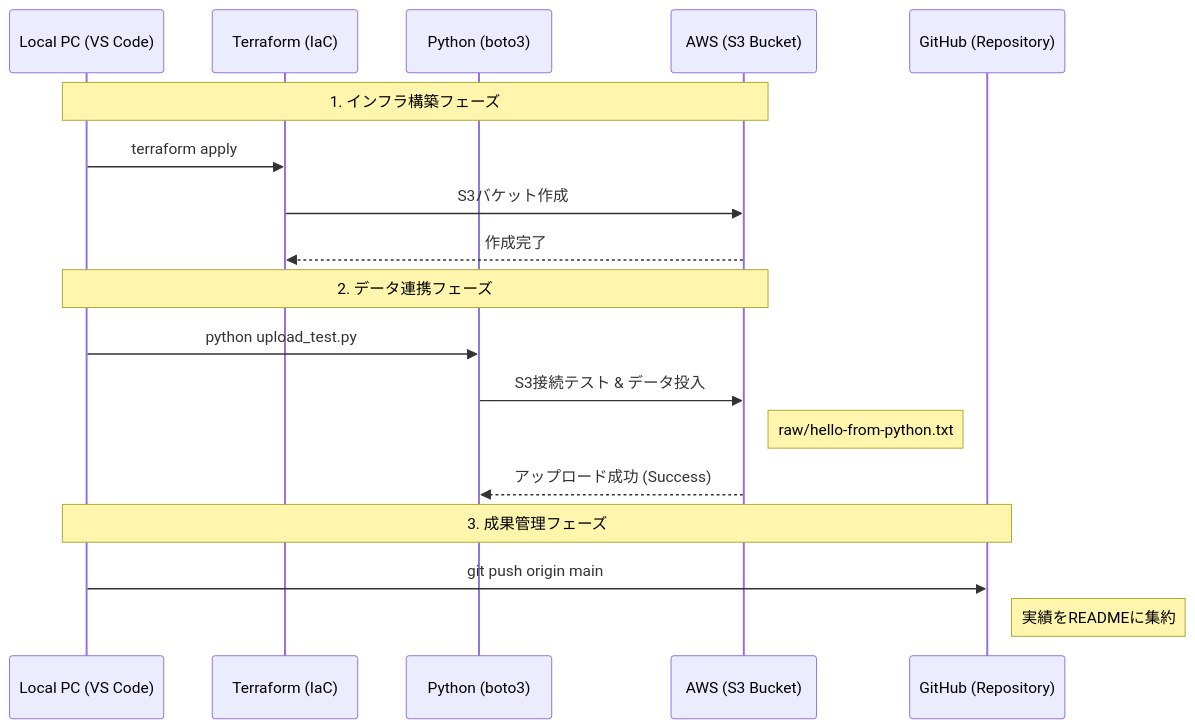
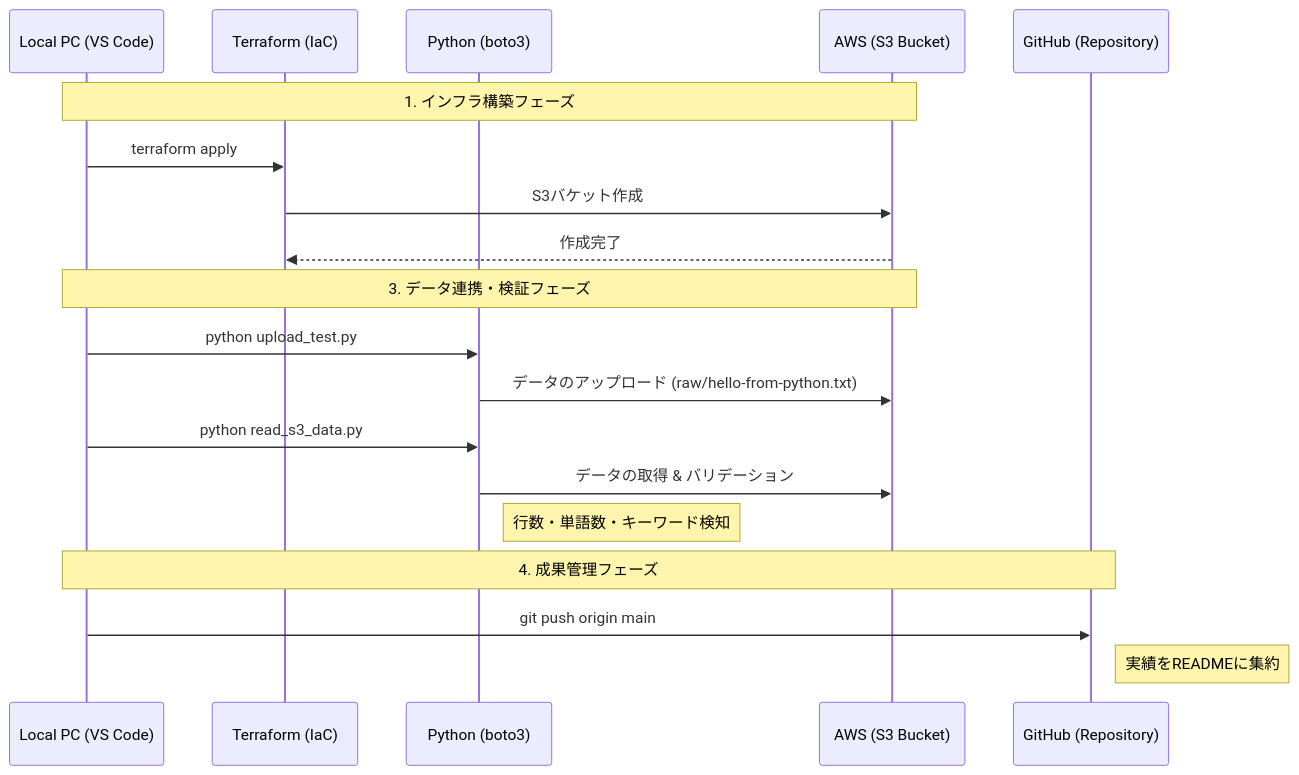
Before and after one commit to kou-sato-ds/Mastering-DS-ML-Engineering: the diagram in 01_DEA/README.md, drawn with Mermaid. The commit also changed other lines of this file and 2 other files, not shown here.

````diff
--- a/01_DEA/README.md
+++ b/01_DEA/README.md
@@ -80,23 +30,24 @@
 ```mermaid
 sequenceDiagram
     participant PC as Local PC (VS Code)
     participant TF as Terraform (IaC)
     participant PY as Python (boto3)
     participant AWS as AWS (S3 Bucket)
     participant GH as GitHub (Repository)
 
     Note over PC, AWS: 1. インフラ構築フェーズ
     PC->>TF: terraform apply
     TF->>AWS: S3バケット作成
     AWS-->>TF: 作成完了
 
-    Note over PC, AWS: 2. データ連携フェーズ
+    Note over PC, AWS: 3. データ連携・検証フェーズ
     PC->>PY: python upload_test.py
-    PY->>AWS: S3接続テスト & データ投入
-    Note right of AWS: raw/hello-from-python.txt
-    AWS-->>PY: アップロード成功 (Success)
+    PY->>AWS: データのアップロード (raw/hello-from-python.txt)
+    PC->>PY: python read_s3_data.py
+    PY->>AWS: データの取得 & バリデーション
+    Note right of PY: 行数・単語数・キーワード検知
 
-    Note over PC, GH: 3. 成果管理フェーズ
+    Note over PC, GH: 4. 成果管理フェーズ
     PC->>GH: git push origin main
     Note right of GH: 実績をREADMEに集約
 ```
````
